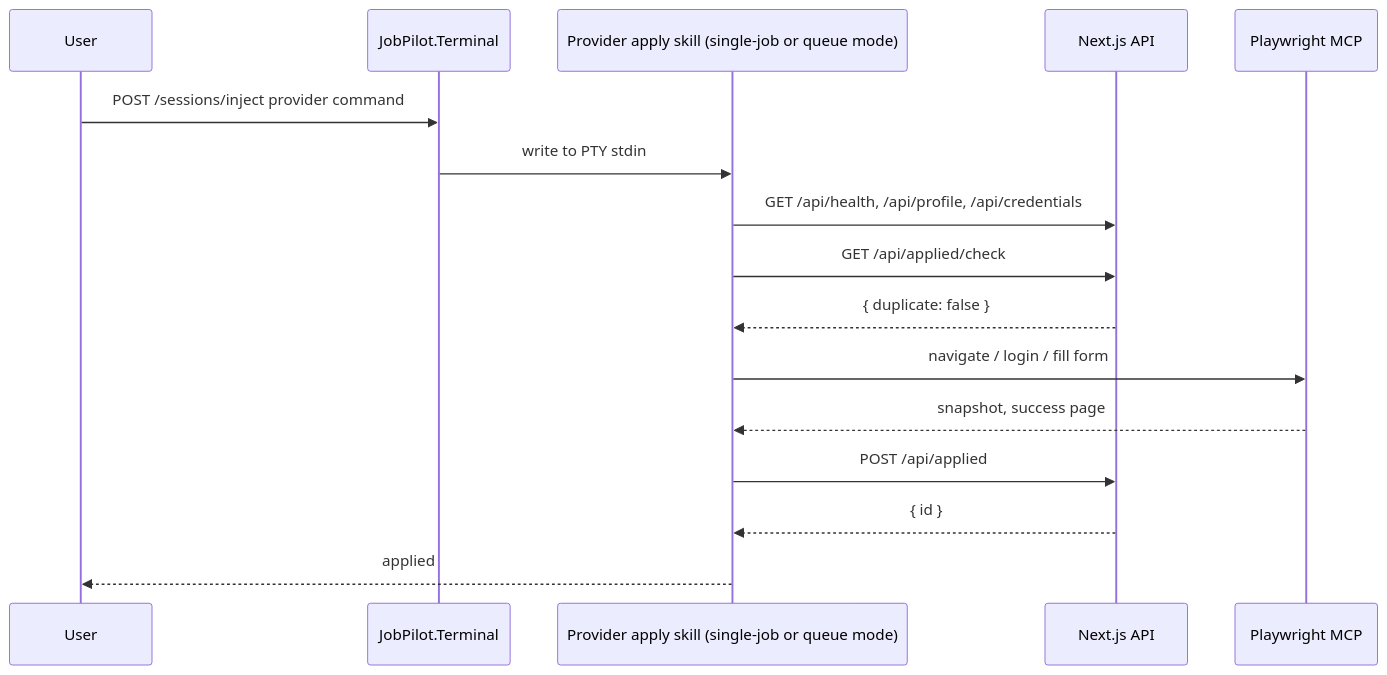
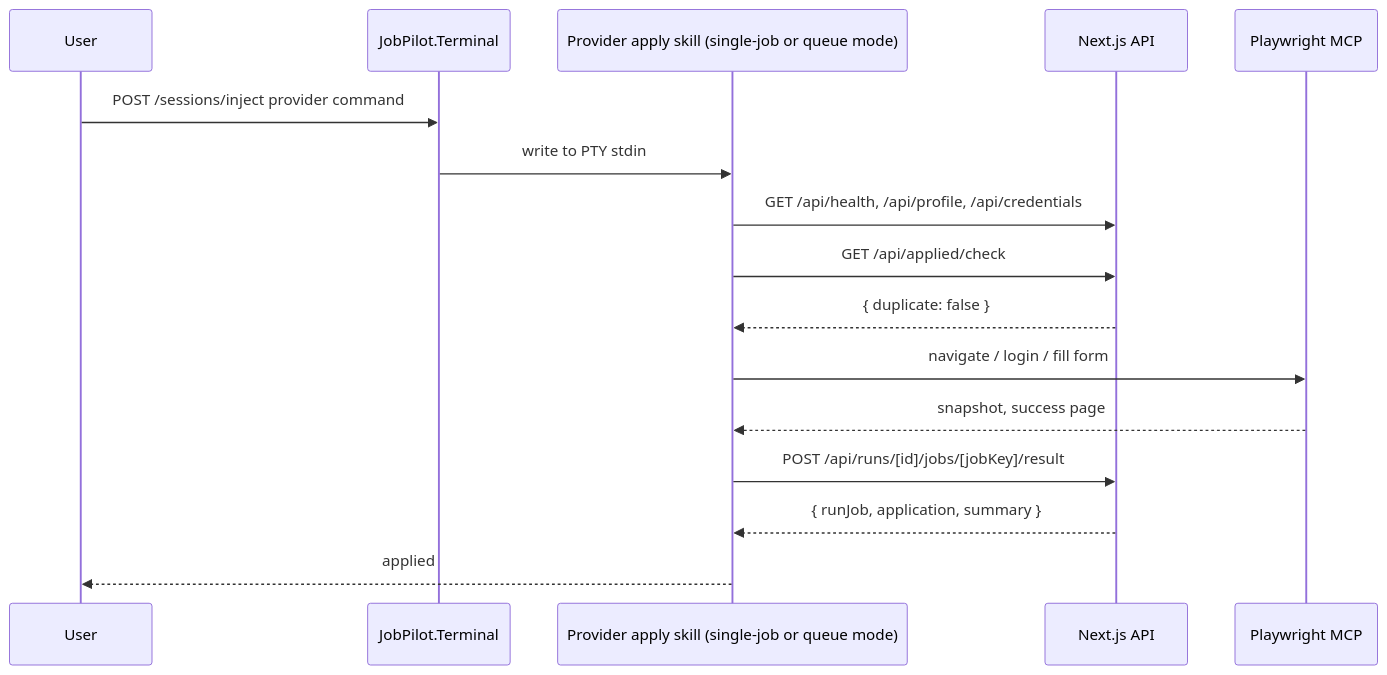
One commit to davidscotttufts/jobpilot changed the diagram in docs/architecture.md. Above: the diagram before and after it, drawn with Mermaid. The commit also changed 44 other files, not shown here.

````diff
--- a/docs/architecture.md
+++ b/docs/architecture.md
@@ -105,19 +105,19 @@
 ```mermaid
 sequenceDiagram
     participant U as User
     participant T as JobPilot.Terminal
     participant S as Provider apply skill (single-job or queue mode)
     participant API as Next.js API
     participant B as Playwright MCP
 
     U->>T: POST /sessions/inject provider command
     T->>S: write to PTY stdin
     S->>API: GET /api/health, /api/profile, /api/credentials
     S->>API: GET /api/applied/check
     API-->>S: { duplicate: false }
     S->>B: navigate / login / fill form
     B-->>S: snapshot, success page
-    S->>API: POST /api/applied
-    API-->>S: { id }
+    S->>API: POST /api/runs/[id]/jobs/[jobKey]/result
+    API-->>S: { runJob, application, summary }
     S-->>U: applied
 ```
````
